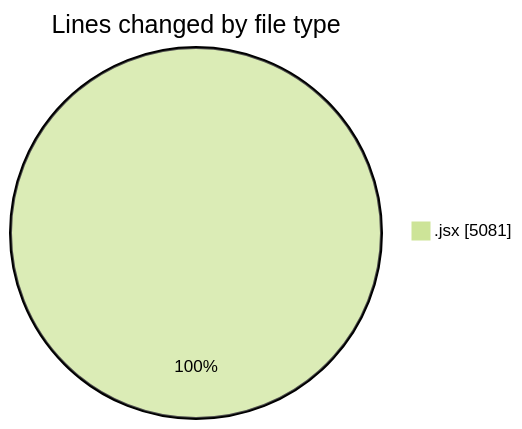
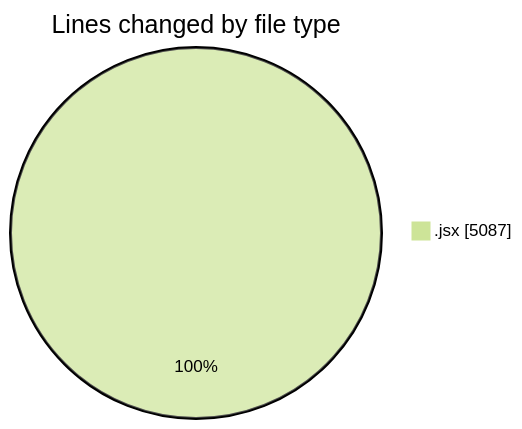
The first of 2 diagrams in 2025-10-07/nxtqube_webapp/README.md (nxtqubesakshisongat/code-tracking), drawn with Mermaid (forest theme) before and after one commit. The commit also changed other lines of this file and 1 other file, not shown here.

````diff
--- a/2025-10-07/nxtqube_webapp/README.md
+++ b/2025-10-07/nxtqube_webapp/README.md
@@ -23,5 +23,5 @@
 ```mermaid
 pie showData
 title Lines changed by file type
-".jsx" : 5081
+".jsx" : 5087
 ```
````
